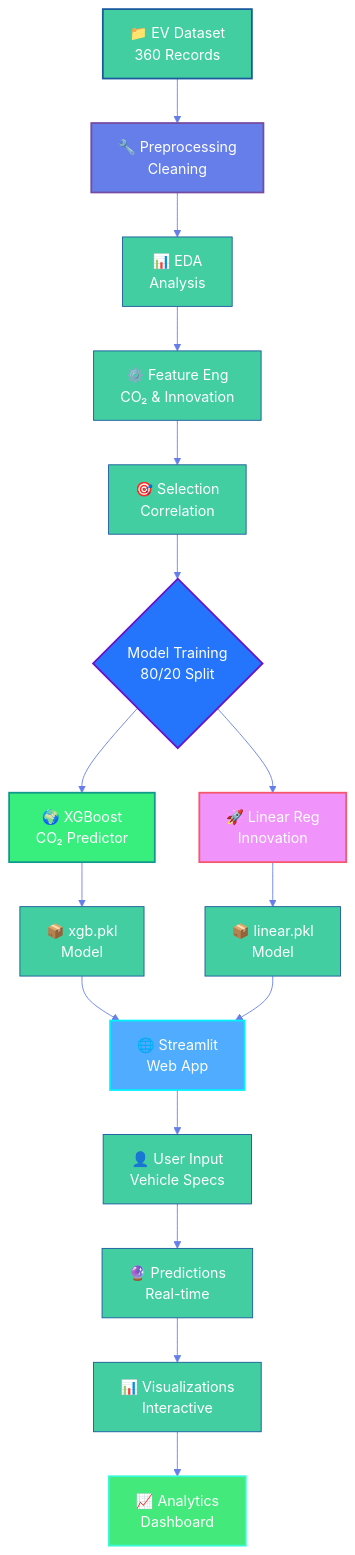
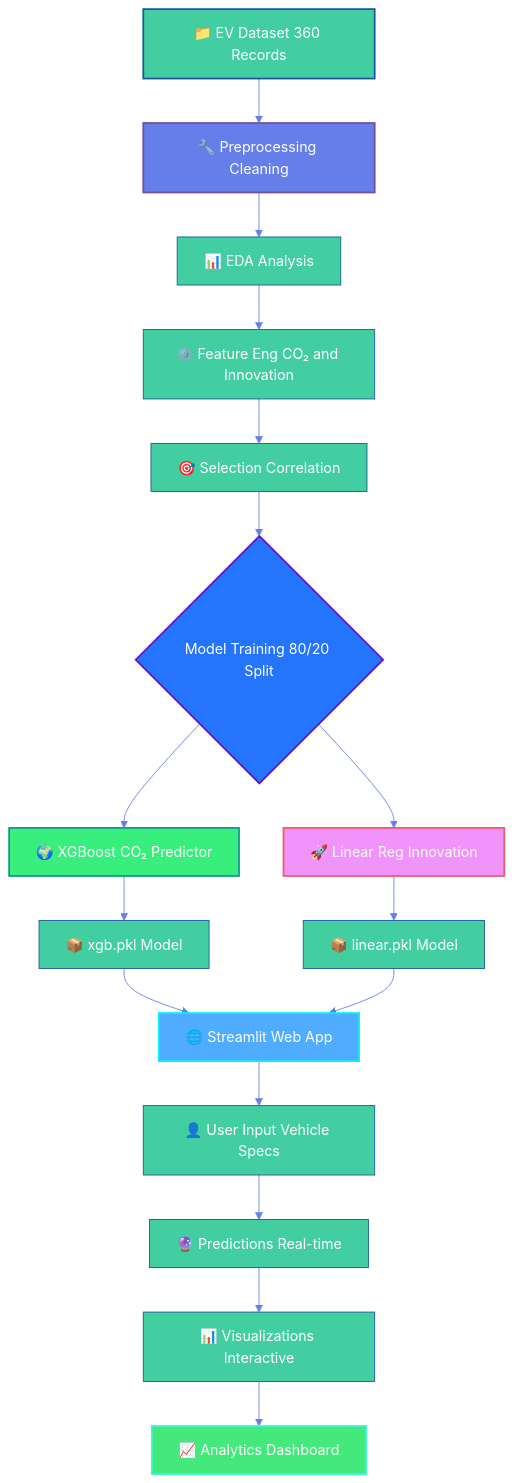
One commit to Itsshraddha/EVerGreen changed the second of 15 diagrams in README.md. Above: the diagram before and after it, drawn with Mermaid. The commit also changed other lines of this file, not shown here.

````diff
--- a/README.md
+++ b/README.md
@@ -145,31 +144,31 @@
 ```mermaid
 %%{init: {'theme':'base', 'themeVariables': { 'primaryColor':'#43cea2','primaryTextColor':'#fff','primaryBorderColor':'#185a9d','lineColor':'#667eea'}}}%%
 flowchart TD
-    A[📁 EV Dataset<br/>360 Records] --> B[🔧 Preprocessing<br/>Cleaning]
-    B --> C[📊 EDA<br/>Analysis]
-    C --> D[⚙️ Feature Eng<br/>CO₂ & Innovation]
-    D --> E[🎯 Selection<br/>Correlation]
-    E --> F{Model Training<br/>80/20 Split}
+    A[📁 EV Dataset 360 Records] --> B[🔧 Preprocessing Cleaning]
+    B --> C[📊 EDA Analysis]
+    C --> D[⚙️ Feature Eng CO₂ and Innovation]
+    D --> E[🎯 Selection Correlation]
+    E --> F{Model Training 80/20 Split}
     
-    F --> G[🌍 XGBoost<br/>CO₂ Predictor]
-    F --> H[🚀 Linear Reg<br/>Innovation]
+    F --> G[🌍 XGBoost CO₂ Predictor]
+    F --> H[🚀 Linear Reg Innovation]
     
-    G --> I[📦 xgb.pkl<br/>Model]
-    H --> J[📦 linear.pkl<br/>Model]
+    G --> I[📦 xgb.pkl Model]
+    H --> J[📦 linear.pkl Model]
     
-    I --> K[🌐 Streamlit<br/>Web App]
+    I --> K[🌐 Streamlit Web App]
     J --> K
     
-    K --> L[👤 User Input<br/>Vehicle Specs]
-    L --> M[🔮 Predictions<br/>Real-time]
-    M --> N[📊 Visualizations<br/>Interactive]
-    N --> O[📈 Analytics<br/>Dashboard]
+    K --> L[👤 User Input Vehicle Specs]
+    L --> M[🔮 Predictions Real-time]
+    M --> N[📊 Visualizations Interactive]
+    N --> O[📈 Analytics Dashboard]
     
     style A fill:#43cea2,stroke:#185a9d,stroke-width:2px,color:#fff
     style B fill:#667eea,stroke:#764ba2,stroke-width:2px,color:#fff
     style F fill:#2575fc,stroke:#6a11cb,stroke-width:2px,color:#fff
     style G fill:#38ef7d,stroke:#11998e,stroke-width:2px,color:#fff
     style H fill:#f093fb,stroke:#f5576c,stroke-width:2px,color:#fff
     style K fill:#4facfe,stroke:#00f2fe,stroke-width:2px,color:#fff
     style O fill:#43e97b,stroke:#38f9d7,stroke-width:2px,color:#fff
 ```
````
